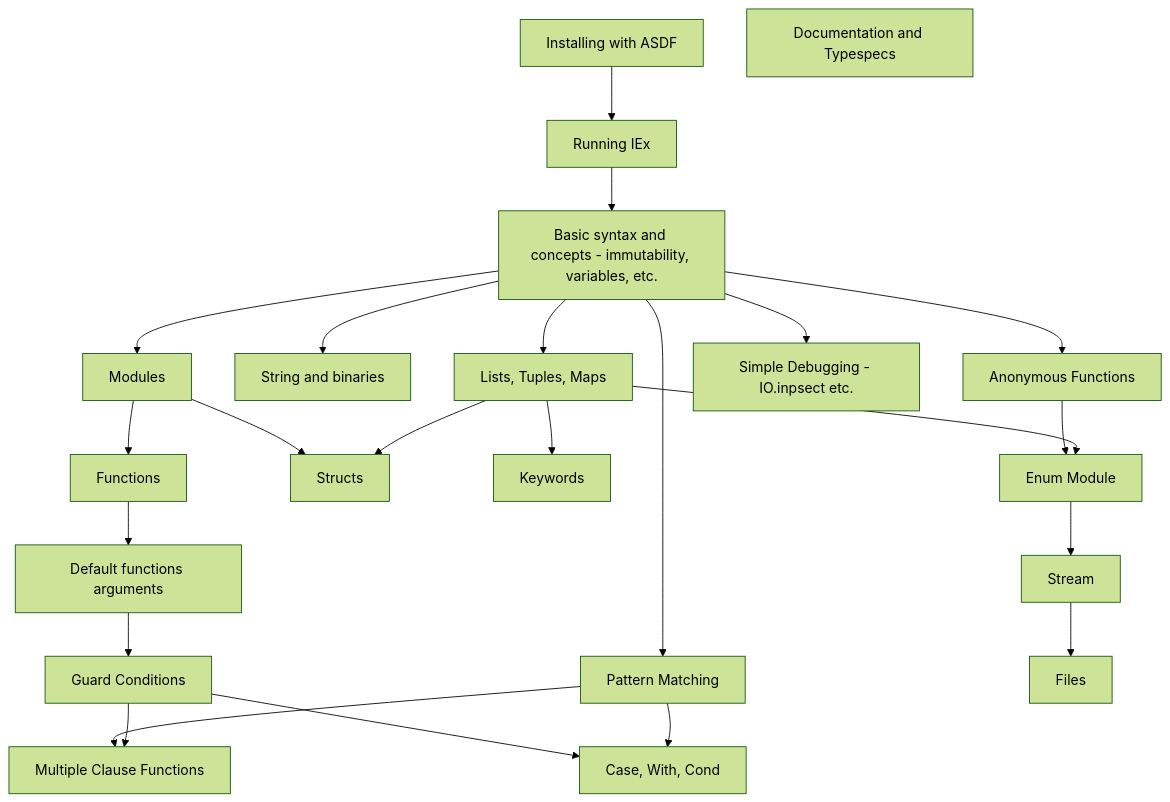
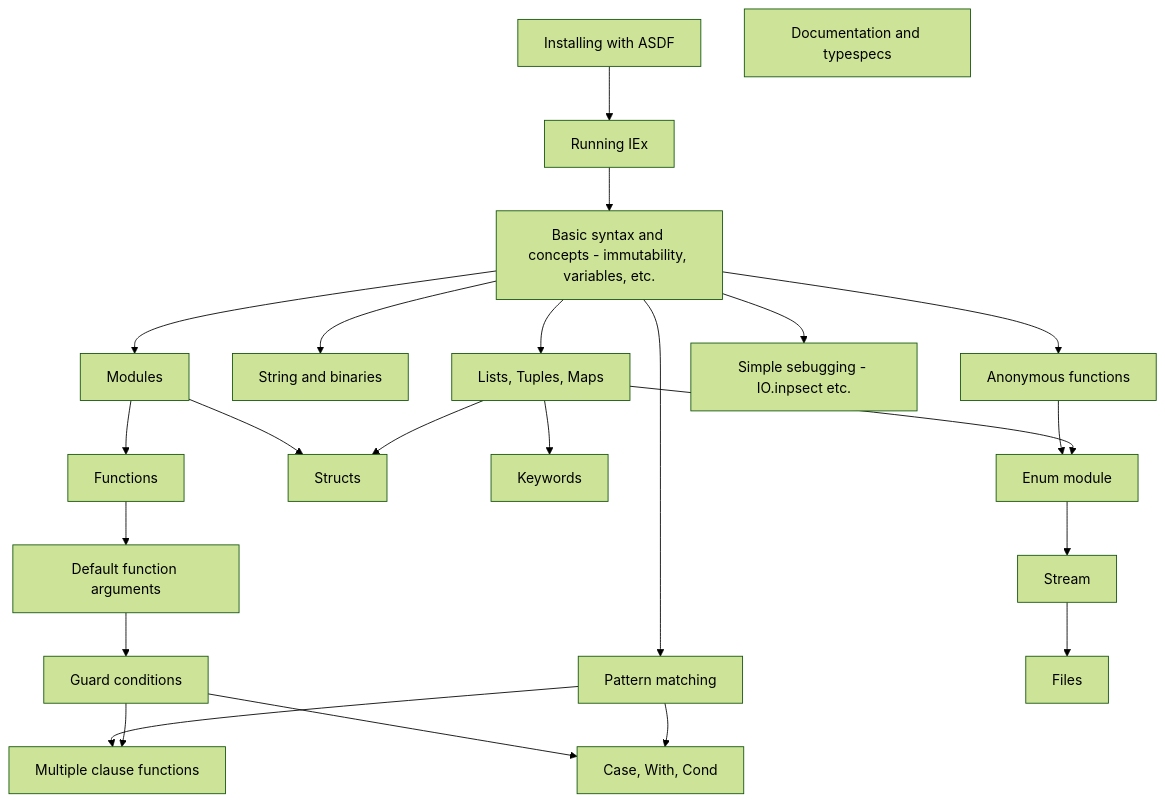
Before and after one commit to WTTJ/elixir-backend-learning-path: the first of 3 diagrams in README.md, drawn with Mermaid (forest theme). The commit also changed other lines of this file, not shown here.

````diff
--- a/README.md
+++ b/README.md
@@ -108,26 +108,26 @@
 ```mermaid
 graph TD
 Install[Installing with ASDF] --> Running[Running IEx]
 Running --> Basics[Basic syntax and concepts - immutability, variables, etc.]
 Basics --> Modules[Modules]
 Basics --> Strings[String and binaries]
-Basics --> AnonymousFunctions[Anonymous Functions]
-Basics --> PatternMatching[Pattern Matching]
+Basics --> AnonymousFunctions[Anonymous functions]
+Basics --> PatternMatching[Pattern matching]
 Basics --> ListTuplesMaps[Lists, Tuples, Maps]
-Basics --> SimpleDebugging[Simple Debugging - IO.inpsect etc.]
+Basics --> SimpleDebugging[Simple sebugging - IO.inpsect etc.]
 Modules --> Functions[Functions]
-Functions --> DefaultArg[Default functions arguments]
-DefaultArg --> Guards[Guard Conditions]
-Guards --> MultipleClauseFn[Multiple Clause Functions]
+Functions --> DefaultArg[Default function arguments]
+DefaultArg --> Guards[Guard conditions]
+Guards --> MultipleClauseFn[Multiple clause functions]
 PatternMatching --> MultipleClauseFn
 PatternMatching --> CaseWithCond[Case, With, Cond]
 Guards --> CaseWithCond
 ListTuplesMaps --> Structs
 Modules --> Structs
 ListTuplesMaps --> Keywords[Keywords]
-ListTuplesMaps --> EnumModule[Enum Module]
+ListTuplesMaps --> EnumModule[Enum module]
 AnonymousFunctions --> EnumModule
 EnumModule --> Stream[Stream]
 Stream --> Files[Files]
-Doc[Documentation and Typespecs]
+Doc[Documentation and typespecs]
 ```
````
